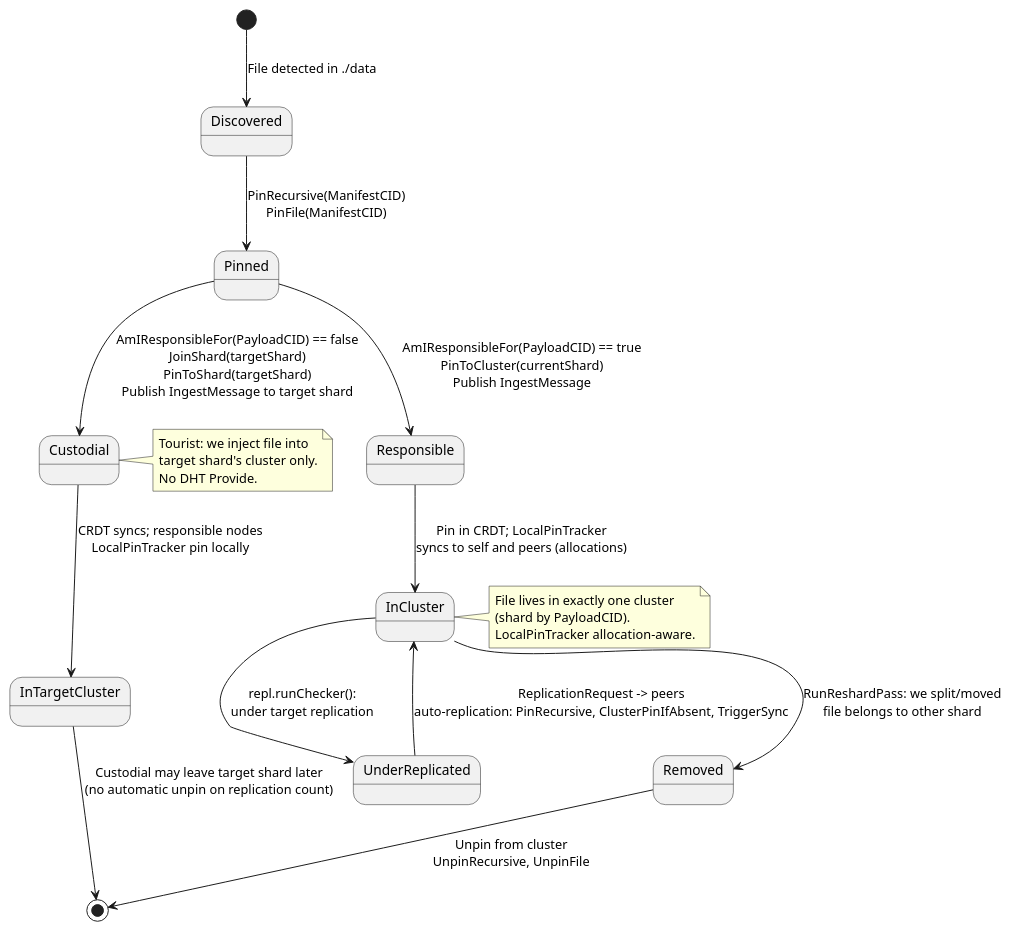
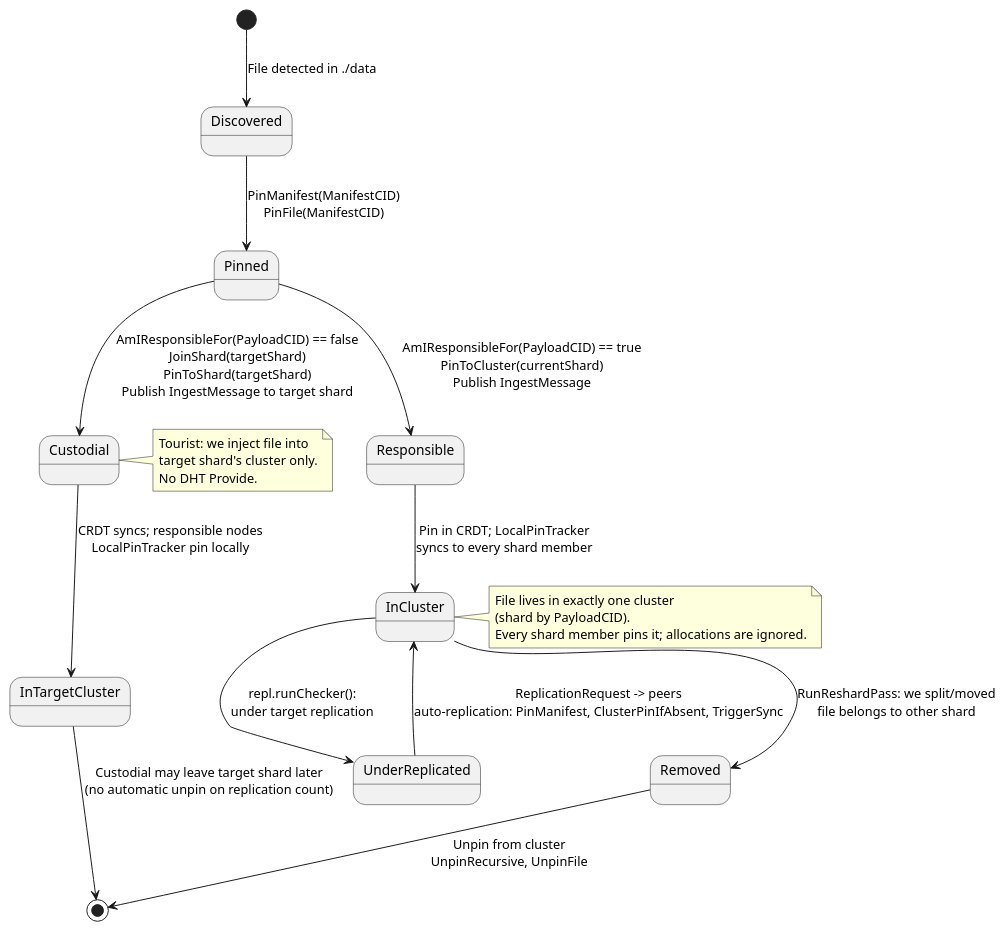
The diagram in docs/file_lifecycle_state.puml (gipplab/D-LOCKSS), drawn with PlantUML before and after one commit. The commit also changed 89 other files, not shown here.

```diff
--- a/docs/file_lifecycle_state.puml
+++ b/docs/file_lifecycle_state.puml
@@ -1,34 +1,34 @@
 @startuml File Lifecycle State Diagram
 
 [*] --> Discovered: File detected in ./data
 
-Discovered --> Pinned: PinRecursive(ManifestCID)\nPinFile(ManifestCID)
+Discovered --> Pinned: PinManifest(ManifestCID)\nPinFile(ManifestCID)
 
 Pinned --> Responsible: AmIResponsibleFor(PayloadCID) == true\nPinToCluster(currentShard)\nPublish IngestMessage
 Pinned --> Custodial: AmIResponsibleFor(PayloadCID) == false\nJoinShard(targetShard)\nPinToShard(targetShard)\nPublish IngestMessage to target shard
 
 Custodial --> InTargetCluster: CRDT syncs; responsible nodes\nLocalPinTracker pin locally
 
-Responsible --> InCluster: Pin in CRDT; LocalPinTracker\nsyncs to self and peers (allocations)
+Responsible --> InCluster: Pin in CRDT; LocalPinTracker\nsyncs to every shard member
 
 InCluster --> UnderReplicated: repl.runChecker():\nunder target replication
-UnderReplicated --> InCluster: ReplicationRequest -> peers\nauto-replication: PinRecursive, ClusterPinIfAbsent, TriggerSync
+UnderReplicated --> InCluster: ReplicationRequest -> peers\nauto-replication: PinManifest, ClusterPinIfAbsent, TriggerSync
 
 InCluster --> Removed: RunReshardPass: we split/moved\nfile belongs to other shard
 Removed --> [*]: Unpin from cluster\nUnpinRecursive, UnpinFile
 
 InTargetCluster --> [*]: Custodial may leave target shard later\n(no automatic unpin on replication count)
 
 note right of Custodial
     Tourist: we inject file into
     target shard's cluster only.
     No DHT Provide.
 end note
 
 note right of InCluster
     File lives in exactly one cluster
     (shard by PayloadCID).
-    LocalPinTracker allocation-aware.
+    Every shard member pins it; allocations are ignored.
 end note
 
 @enduml
```
